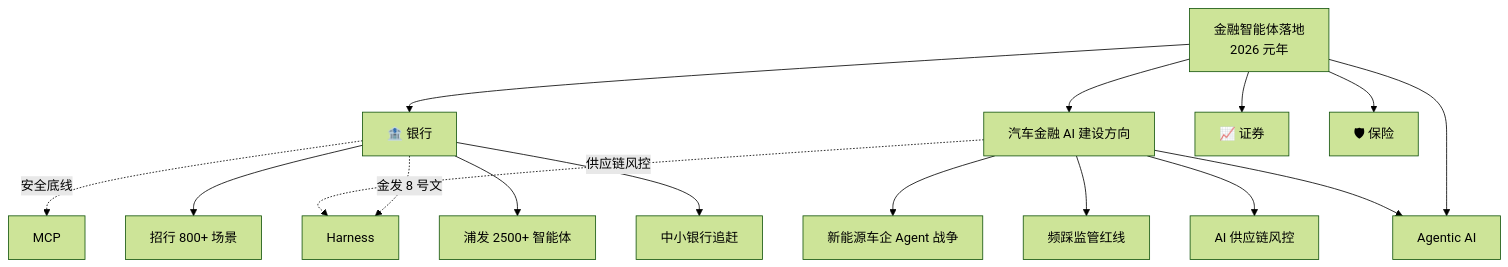
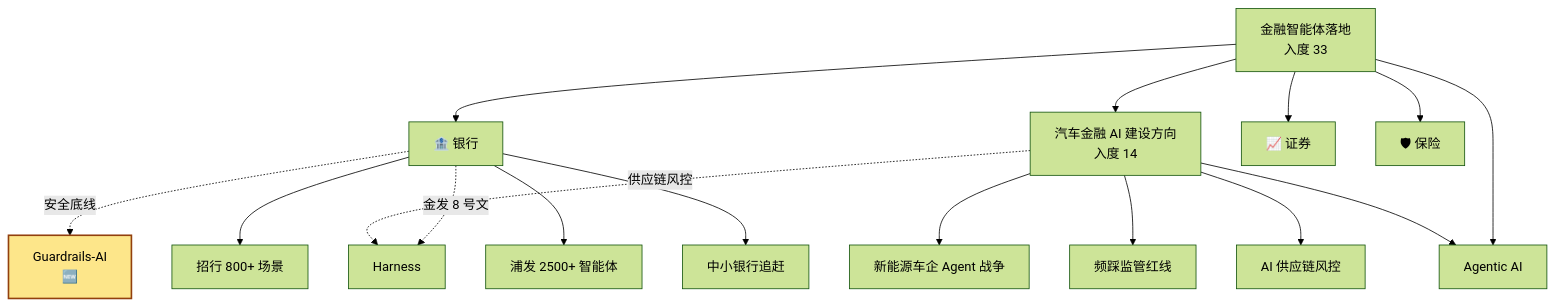
The fourth of 6 diagrams in content/graph.md (shaowenglu-afk/wiki-public), drawn with Mermaid (forest theme) before and after one commit. The commit also changed other lines of this file and 95 other files, not shown here.

````diff
--- a/content/graph.md
+++ b/content/graph.md
@@ -101,20 +112,23 @@
 ```mermaid
 flowchart TB
-    Fin[金融智能体落地<br/>2026 元年]
-    AutoFin[汽车金融 AI 建设方向]
+    Fin[金融智能体落地<br/>入度 33]
+    AutoFin[汽车金融 AI 建设方向<br/>入度 14]
     Fin --> Bank[🏦 银行]
     Fin --> Sec[📈 证券]
     Fin --> Ins[🛡 保险]
     Fin --> AutoFin
     Bank -.->|金发 8 号文| Harness
     AutoFin -.->|供应链风控| Harness
-    Bank -.->|安全底线| MCP
+    Bank -.->|安全底线| Guardrails[Guardrails-AI<br/>🆕]
     AutoFin --> 车企[新能源车企 Agent 战争]
     AutoFin --> 监管[频踩监管红线]
     AutoFin --> 风控[AI 供应链风控]
     Bank --> 招商[招行 800+ 场景]
     Bank --> 浦发[浦发 2500+ 智能体]
     Bank --> 中小[中小银行追赶]
     Fin --> AI[Agentic AI]
     AutoFin --> AI
+
+    classDef new fill:#fde68a,stroke:#92400e,stroke-width:2px
+    class Guardrails new
 ```
````
